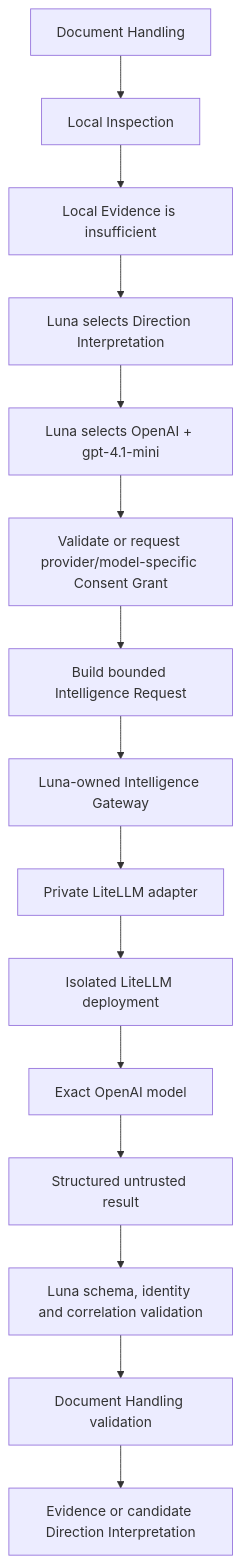
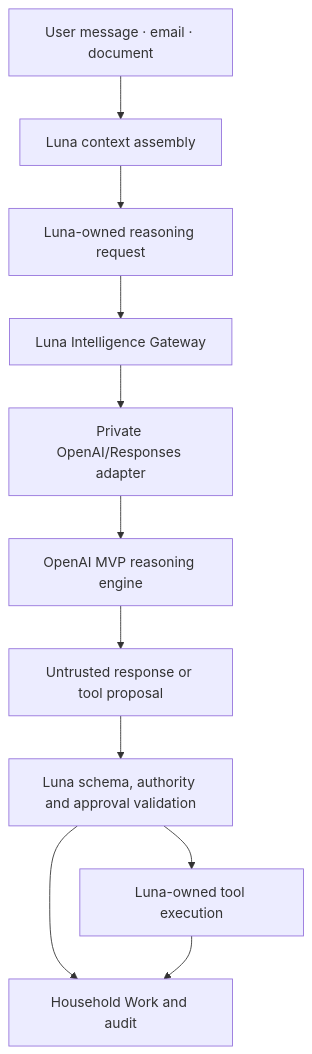
The diagram in docs/architecture/intelligence-gateway.md (yasserchehade/Luna), drawn with Mermaid before and after one commit. The commit also changed other lines of this file and 23 other files, not shown here.

````diff
--- a/docs/architecture/intelligence-gateway.md
+++ b/docs/architecture/intelligence-gateway.md
@@ -5,17 +11,13 @@
 ```mermaid
 flowchart TD
-    Handling["Document Handling"] --> Inspect["Local Inspection"]
-    Inspect --> Need["Local Evidence is insufficient"]
-    Need --> Capability["Luna selects Direction Interpretation"]
-    Capability --> Selection["Luna selects OpenAI + gpt-4.1-mini"]
-    Selection --> Consent["Validate or request provider/model-specific Consent Grant"]
-    Consent --> Request["Build bounded Intelligence Request"]
-    Request --> Gateway["Luna-owned Intelligence Gateway"]
-    Gateway --> Adapter["Private LiteLLM adapter"]
-    Adapter --> Deployment["Isolated LiteLLM deployment"]
-    Deployment --> Provider["Exact OpenAI model"]
-    Provider --> Untrusted["Structured untrusted result"]
-    Untrusted --> Validation["Luna schema, identity and correlation validation"]
-    Validation --> Domain["Document Handling validation"]
-    Domain --> Evidence["Evidence or candidate Direction Interpretation"]
+    Source["User message · email · document"] --> Context["Luna context assembly"]
+    Context --> Request["Luna-owned reasoning request"]
+    Request --> Gateway["Luna Intelligence Gateway"]
+    Gateway --> Adapter["Private OpenAI/Responses adapter"]
+    Adapter --> Model["OpenAI MVP reasoning engine"]
+    Model --> Untrusted["Untrusted response or tool proposal"]
+    Untrusted --> Validation["Luna schema, authority and approval validation"]
+    Validation --> Work["Household Work and audit"]
+    Validation --> Tools["Luna-owned tool execution"]
+    Tools --> Work
 ```
````
